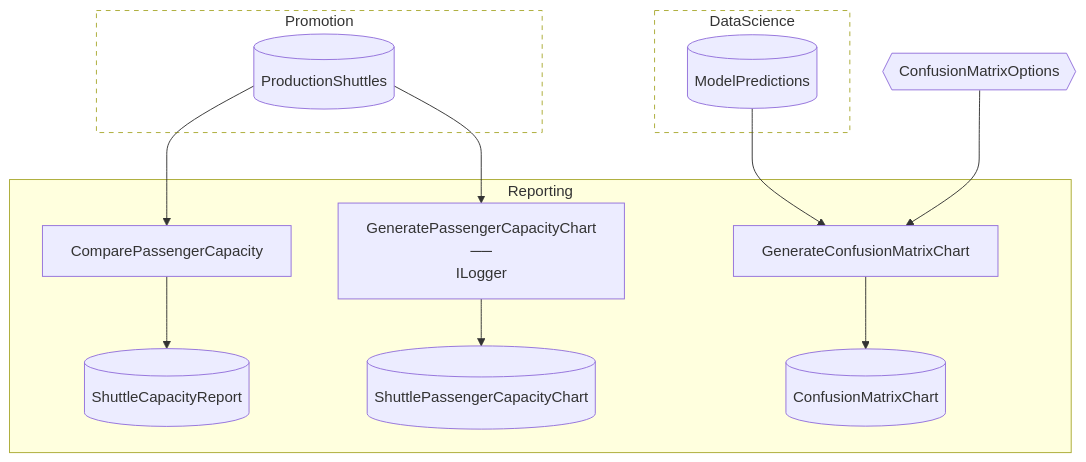
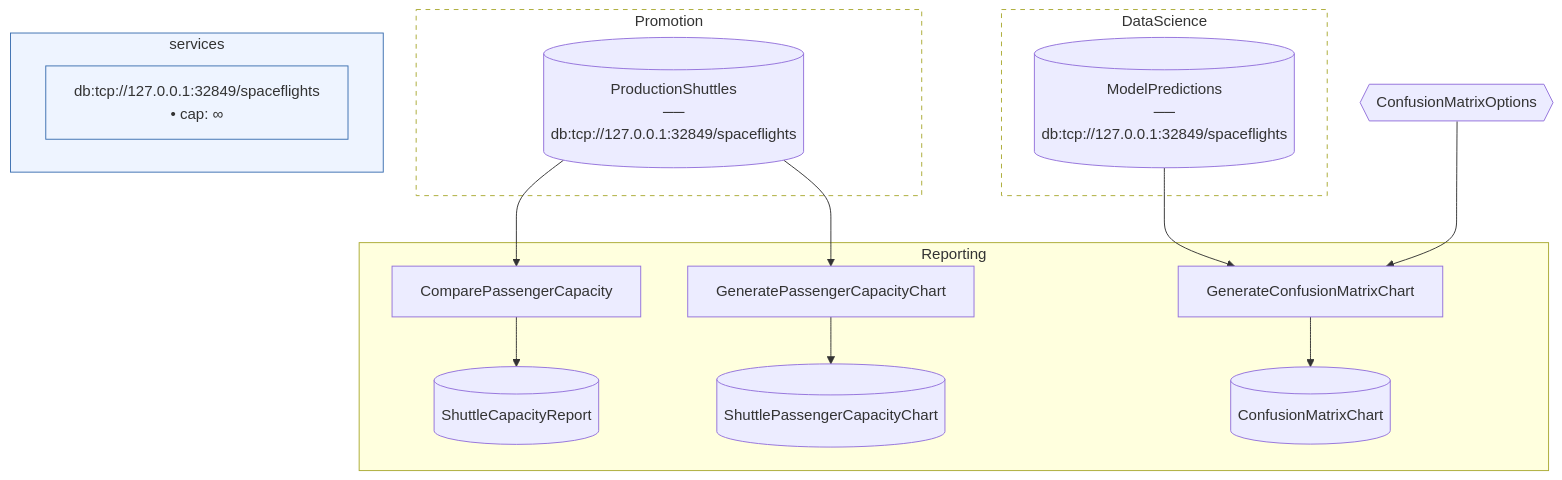
One commit to chaoticgoodcomputing/flowthru changed the fourth of 4 diagrams in examples/advanced/SpaceflightsStagingSchema/README.md. Above: the diagram before and after it, drawn with Mermaid. The commit also changed other lines of this file and 18 other files, not shown here.

````diff
--- a/examples/advanced/SpaceflightsStagingSchema/README.md
+++ b/examples/advanced/SpaceflightsStagingSchema/README.md
@@ -190,35 +214,43 @@
 ```mermaid
 flowchart TB
 
     %% External Data Inputs
     ConfusionMatrixOptions{{"ConfusionMatrixOptions"}}
 
     subgraph DataScience_us["DataScience"]
-        ModelPredictions[("ModelPredictions")]
+        ModelPredictions[("ModelPredictions<br>──<br>db:tcp://127.0.0.1:32849/spaceflights")]
     end
 
     subgraph Promotion_us["Promotion"]
-        ProductionShuttles[("ProductionShuttles")]
+        ProductionShuttles[("ProductionShuttles<br>──<br>db:tcp://127.0.0.1:32849/spaceflights")]
     end
 
     subgraph Reporting["Reporting"]
         ComparePassengerCapacity["ComparePassengerCapacity"]
         ShuttleCapacityReport[("ShuttleCapacityReport")]
-        GeneratePassengerCapacityChart["GeneratePassengerCapacityChart<br>──<br>ILogger"]
+        GeneratePassengerCapacityChart["GeneratePassengerCapacityChart"]
         ShuttlePassengerCapacityChart[("ShuttlePassengerCapacityChart")]
         GenerateConfusionMatrixChart["GenerateConfusionMatrixChart"]
         ConfusionMatrixChart[("ConfusionMatrixChart")]
     end
+
+    %% Service legend
+    subgraph service_legend["services"]
+        svc_efcore_Npgsql_EntityFrameworkCore_PostgreSQL_tcp___127_0_0_1_32849_spaceflights["db:tcp://127.0.0.1:32849/spaceflights<br>• cap: ∞"]
+    end
+    style service_legend fill:#EEF4FF,stroke:#3B6FB0
+    classDef serviceNode fill:#EEF4FF,stroke:#3B6FB0
+    class svc_efcore_Npgsql_EntityFrameworkCore_PostgreSQL_tcp___127_0_0_1_32849_spaceflights serviceNode
 
     %% Edges
     ProductionShuttles --> ComparePassengerCapacity
     ComparePassengerCapacity --> ShuttleCapacityReport
     ProductionShuttles --> GeneratePassengerCapacityChart
     GeneratePassengerCapacityChart --> ShuttlePassengerCapacityChart
     ModelPredictions --> GenerateConfusionMatrixChart
     ConfusionMatrixOptions --> GenerateConfusionMatrixChart
     GenerateConfusionMatrixChart --> ConfusionMatrixChart
 
     classDef collapsed stroke-dasharray:5 5,fill:transparent
     class DataScience_us,Promotion_us collapsed
 ```
````
